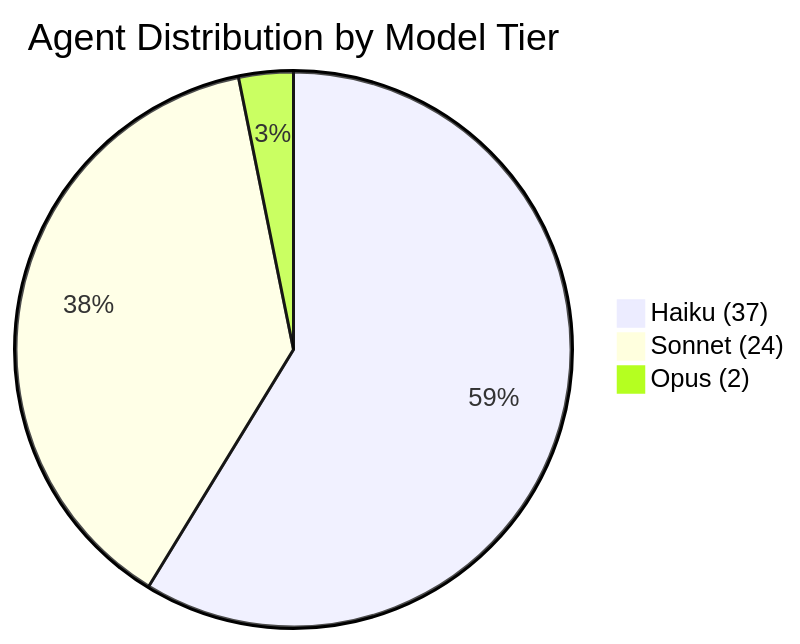
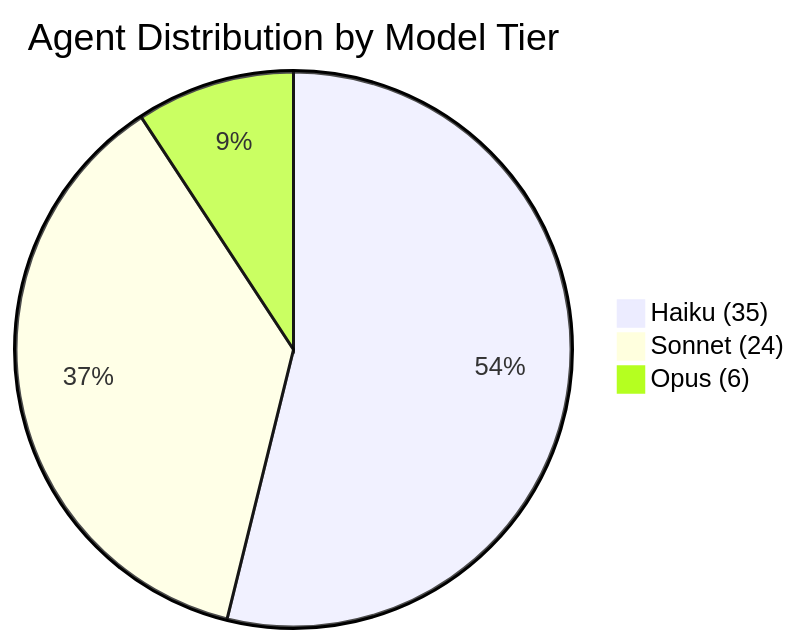
One commit to Roberdan/MyConvergio changed the seventh of 7 diagrams in README.md. Above: the diagram before and after it, drawn with Mermaid.

Commit message:
fix: update model tier pie chart (Opus 2→6, Haiku 37→35)
Accurate count after adding sentinel, research-report-generator,
ali, satya as opus agents.

````diff
--- a/README.md
+++ b/README.md
@@ -718,6 +718,6 @@
 ```mermaid
 pie title Agent Distribution by Model Tier
-    "Haiku (37)" : 37
+    "Haiku (35)" : 35
     "Sonnet (24)" : 24
-    "Opus (2)" : 2
+    "Opus (6)" : 6
 ```
````
